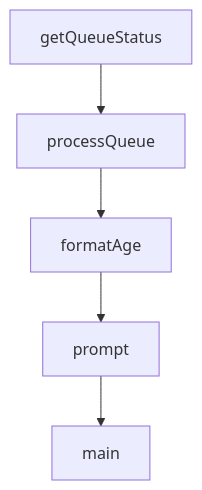
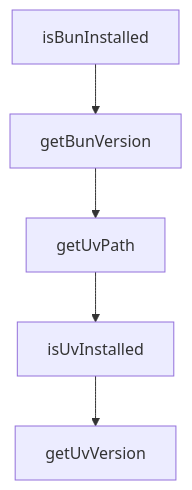
Before and after one commit to johnxie/awesome-code-docs: the diagram in tutorials/claude-mem-tutorial/03-installation-upgrade-and-runtime-environment.md, drawn with Mermaid. The commit also changed other lines of this file and 1232 other files, not shown here.

````diff
--- a/tutorials/claude-mem-tutorial/03-installation-upgrade-and-runtime-environment.md
+++ b/tutorials/claude-mem-tutorial/03-installation-upgrade-and-runtime-environment.md
@@ -228,12 +226,12 @@
 ```mermaid
 flowchart TD
-    A[getQueueStatus]
-    B[processQueue]
-    C[formatAge]
-    D[prompt]
-    E[main]
+    A[isBunInstalled]
+    B[getBunVersion]
+    C[getUvPath]
+    D[isUvInstalled]
+    E[getUvVersion]
     A --> B
     B --> C
     C --> D
     D --> E
 ```
````
